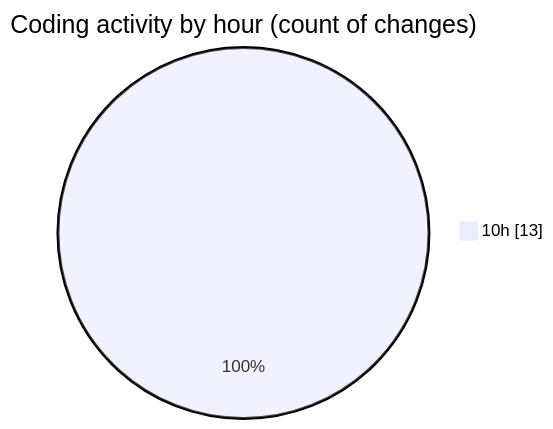
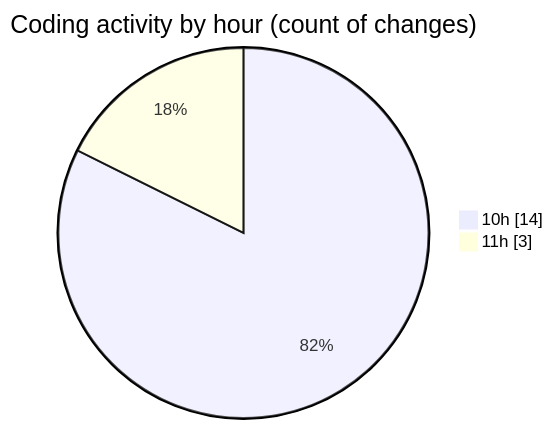
One commit to nxtqubesakshisongat/code-tracking changed the second of 2 diagrams in 2026-05-03/nxtqube_webapp/README.md. Above: the diagram before and after it, drawn with Mermaid. The commit also changed other lines of this file and 1 other file, not shown here.

````diff
--- a/2026-05-03/nxtqube_webapp/README.md
+++ b/2026-05-03/nxtqube_webapp/README.md
@@ -30,5 +30,6 @@
 ```mermaid
 pie showData
 title Coding activity by hour (count of changes)
-"10h" : 13
+"10h" : 14
+"11h" : 3
 ```
````
